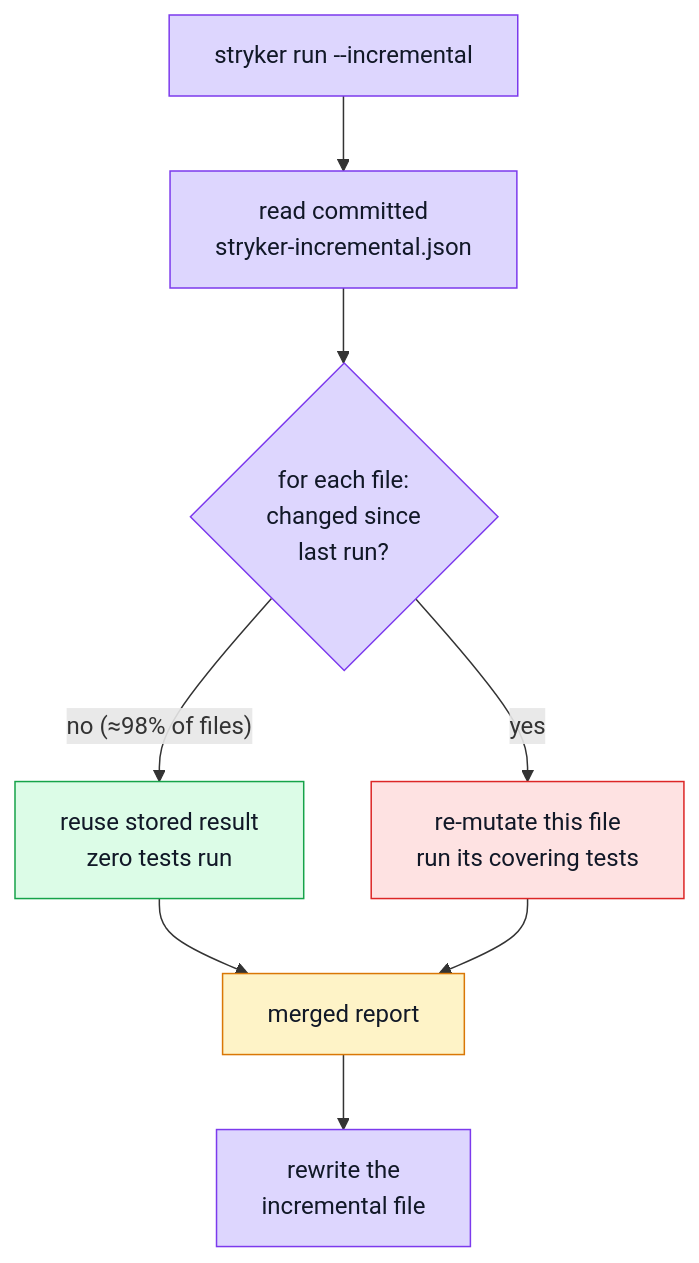
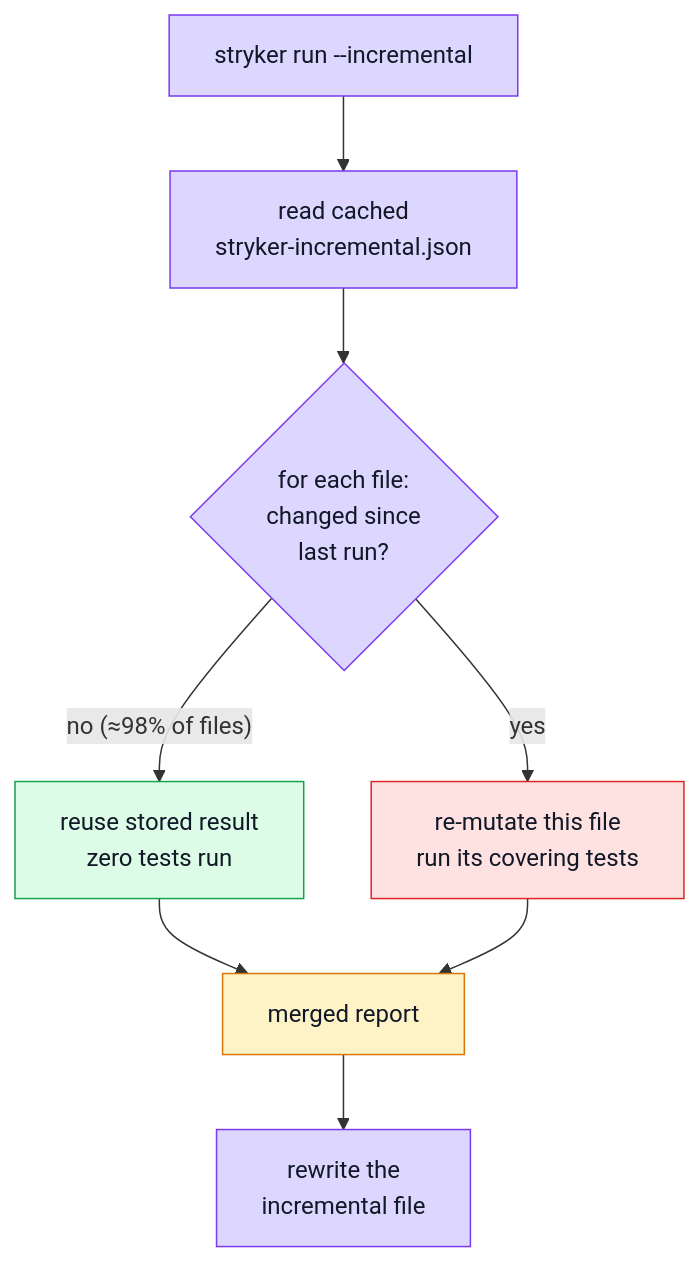
The seventh of 8 diagrams in docs/tools/mutation-testing.md (Guebbit/boilerplate-node-backend), drawn with Mermaid before and after one commit. The commit also changed other lines of this file and 131 other files, not shown here.

````diff
--- a/docs/tools/mutation-testing.md
+++ b/docs/tools/mutation-testing.md
@@ -998,20 +997,20 @@
 ```mermaid
 %%{init: {'flowchart': {'nodeSpacing': 45, 'rankSpacing': 50}}}%%
 flowchart TB
-    Run["stryker run --incremental"] --> Read["read committed\nstryker-incremental.json"]
+    Run["stryker run --incremental"] --> Read["read cached\nstryker-incremental.json"]
     Read --> Compare{"for each file:\nchanged since\nlast run?"}
     Compare -->|"no (≈98% of files)"| Reuse["reuse stored result\nzero tests run"]
     Compare -->|yes| Remutate["re-mutate this file\nrun its covering tests"]
     Reuse --> Merge["merged report"]
     Remutate --> Merge
     Merge --> Write["rewrite the\nincremental file"]
 
     classDef proc fill:#ddd6fe,stroke:#7c3aed,color:#111827;
     classDef good fill:#dcfce7,stroke:#16a34a,color:#111827;
     classDef bad fill:#fee2e2,stroke:#dc2626,color:#111827;
     classDef out fill:#fef3c7,stroke:#d97706,color:#111827;
     class Run,Read,Compare,Merge,Write proc;
     class Reuse good;
     class Remutate bad;
     class Merge out;
 ```
````
